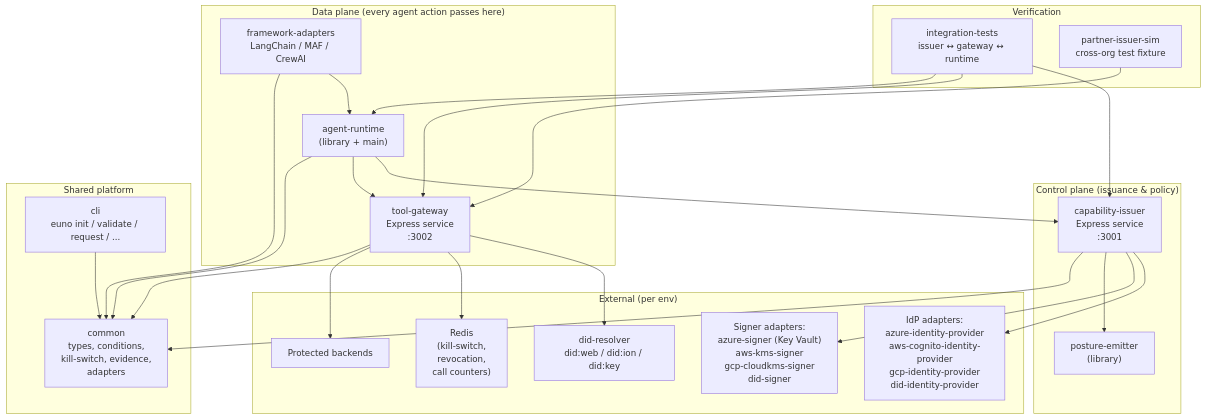
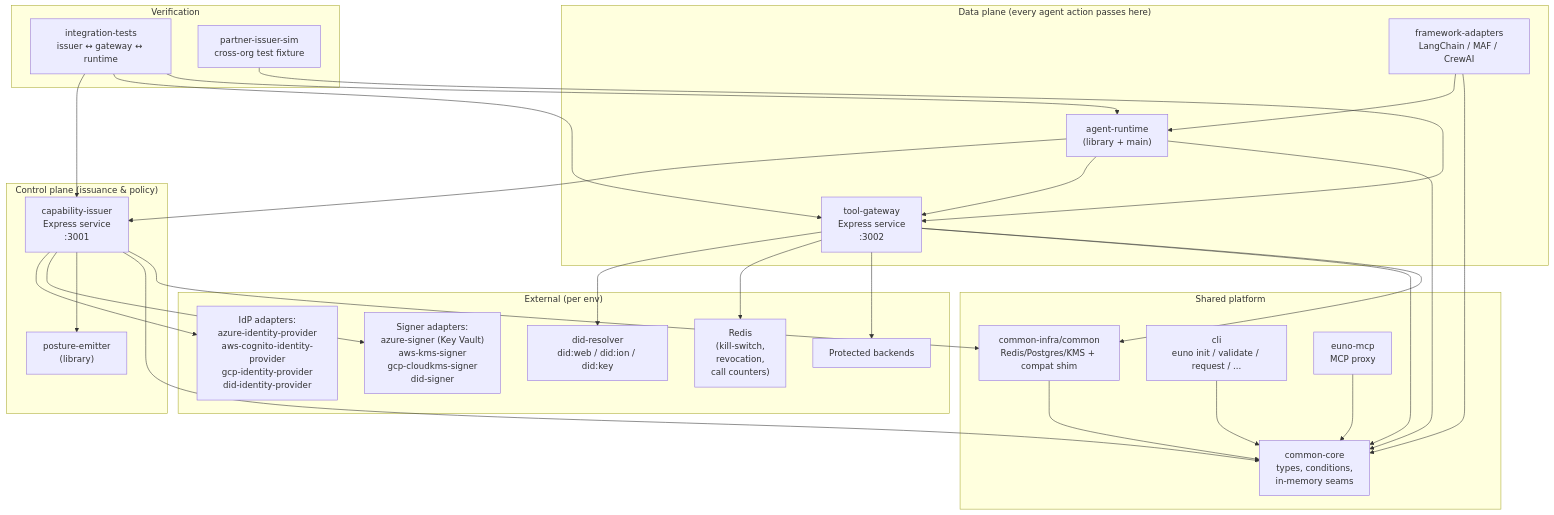
One commit to eunolabs/eunox changed the second of 14 diagrams in docs/ARCHITECTURE.md. Above: the diagram before and after it, drawn with Mermaid. The commit also changed other lines of this file and 23 other files, not shown here.

````diff
--- a/docs/ARCHITECTURE.md
+++ b/docs/ARCHITECTURE.md
@@ -86,50 +86,56 @@
 ```mermaid
 flowchart TB
     subgraph ControlPlane["Control plane (issuance & policy)"]
         Issuer["capability-issuer<br/>Express service<br/>:3001"]
         PostureEmitter["posture-emitter<br/>(library)"]
     end
 
     subgraph DataPlane["Data plane (every agent action passes here)"]
         Gateway["tool-gateway<br/>Express service<br/>:3002"]
         Runtime["agent-runtime<br/>(library + main)"]
         Adapters["framework-adapters<br/>LangChain / MAF / CrewAI"]
     end
 
     subgraph Shared["Shared platform"]
-        Common["common<br/>types, conditions,<br/>kill-switch, evidence,<br/>adapters"]
+        CommonCore["common-core<br/>types, conditions,<br/>in-memory seams"]
+        CommonInfra["common-infra/common<br/>Redis/Postgres/KMS + compat shim"]
         CLI["cli<br/>euno init / validate / request / ..."]
+        MCP["euno-mcp<br/>MCP proxy"]
     end
 
     subgraph External["External (per env)"]
         IdP["IdP adapters:<br/>azure-identity-provider<br/>aws-cognito-identity-provider<br/>gcp-identity-provider<br/>did-identity-provider"]
         Signer["Signer adapters:<br/>azure-signer (Key Vault)<br/>aws-kms-signer<br/>gcp-cloudkms-signer<br/>did-signer"]
         Resolver["did-resolver<br/>did:web / did:ion / did:key"]
         Redis["Redis<br/>(kill-switch,<br/>revocation,<br/>call counters)"]
         Backend["Protected backends"]
     end
 
     subgraph Tests["Verification"]
         Integ["integration-tests<br/>issuer ↔ gateway ↔ runtime"]
         PartnerSim["partner-issuer-sim<br/>cross-org test fixture"]
     end
 
     Adapters --> Runtime
     Runtime --> Issuer
     Runtime --> Gateway
     Issuer --> IdP
     Issuer --> Signer
     Issuer --> PostureEmitter
     Gateway --> Resolver
     Gateway --> Redis
     Gateway --> Backend
-    Issuer --> Common
-    Gateway --> Common
-    Runtime --> Common
-    Adapters --> Common
-    CLI --> Common
+    Issuer --> CommonCore
+    Gateway --> CommonCore
+    Runtime --> CommonCore
+    Adapters --> CommonCore
+    CLI --> CommonCore
+    MCP --> CommonCore
+    CommonInfra --> CommonCore
+    Issuer --> CommonInfra
+    Gateway --> CommonInfra
     Integ --> Issuer
     Integ --> Gateway
     Integ --> Runtime
     PartnerSim --> Gateway
 ```
````
